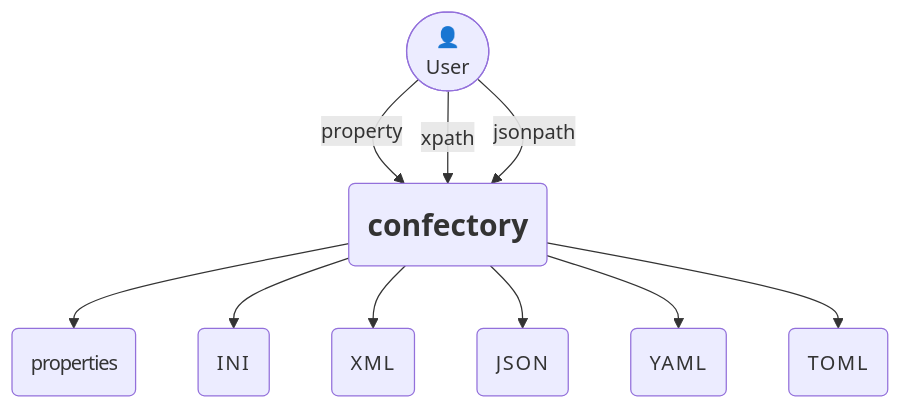
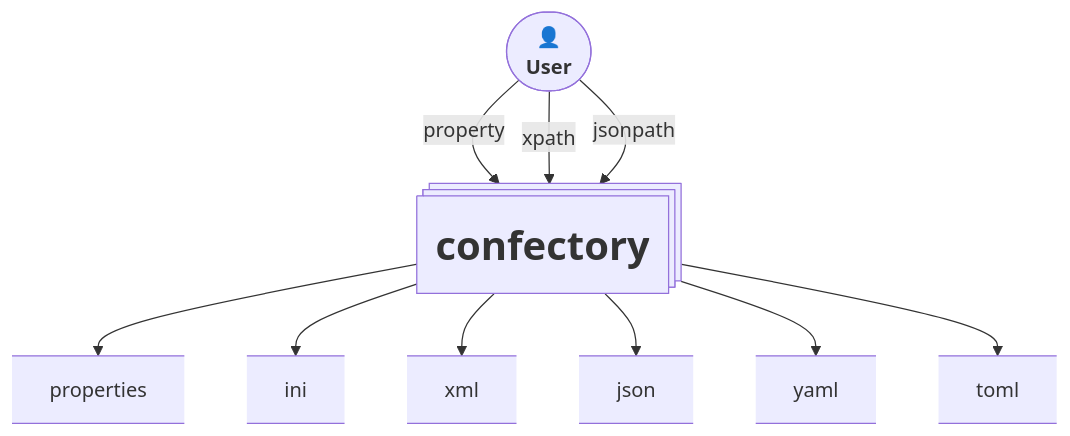
One commit to oswaldobapvicjr/confectory changed the first of 3 diagrams in README.md. Above: the diagram before and after it, drawn with Mermaid.

Commit message:
Refactor flowchart labels in README.md (#233)
Updated the flowchart in the README to improve clarity and consistency in labeling.

`````diff
--- a/README.md
+++ b/README.md
@@ -20,18 +20,18 @@
 ````mermaid
 flowchart TD
-    User@{ shape: stadium, label: ["👤\nUser"]}
-    User -->|"property"| c("`**confectory**`"):::larger
+    User@{ shape: stadium, label: ["👤\n**User**"]}
+    c@{ shape: procs, label: ["**confectory**"]}
+    User -->|"property"| c
     User -->|"xpath"| c
     User -->|"jsonpath"| c
 
-    c-->properties("properties"):::condensed
-    c-->ini("INI"):::expanded
-    c-->xml("XML"):::expanded
-    c-->json("JSON"):::expanded
-    c-->yaml("YAML"):::expanded
-    c-->toml("TOML"):::expanded
+    c-->properties@{shape: data-store, label: "properties"}
+    c-->ini@{shape: data-store}
+    c-->xml@{shape: data-store}
+    c-->json@{shape: data-store}
+    c-->yaml@{shape: data-store}
+    c-->toml@{shape: data-store}
 
-    classDef larger font-size:18pt
-    classDef condensed letter-spacing:-0.9px
-    classDef expanded letter-spacing:1.3px
+    classDef larger font-size:24pt
+    class c larger
 ````
`````
